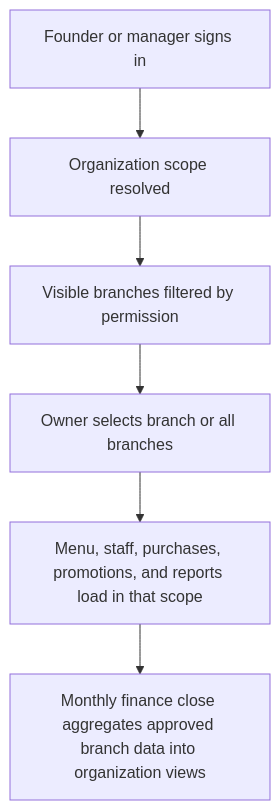
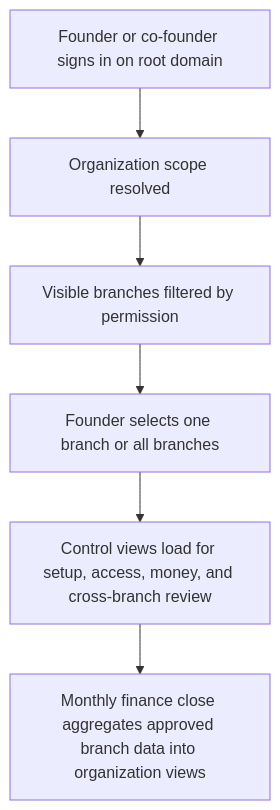
One commit to DangHoangGeo/restaurant-copilot changed the second of 3 diagrams in docs/foundation/01_organization_branch_menu_foundation.md. Above: the diagram before and after it, drawn with Mermaid. The commit also changed other lines of this file and 3 other files, not shown here.

First line of the commit message:
Refactor owner and branch operations into distinct routes

````diff
--- a/docs/foundation/01_organization_branch_menu_foundation.md
+++ b/docs/foundation/01_organization_branch_menu_foundation.md
@@ -138,8 +186,8 @@
 ```mermaid
 flowchart TD
-    A["Founder or manager signs in"] --> B["Organization scope resolved"]
+    A["Founder or co-founder signs in on root domain"] --> B["Organization scope resolved"]
     B --> C["Visible branches filtered by permission"]
-    C --> D["Owner selects branch or all branches"]
-    D --> E["Menu, staff, purchases, promotions, and reports load in that scope"]
+    C --> D["Founder selects one branch or all branches"]
+    D --> E["Control views load for setup, access, money, and cross-branch review"]
     E --> F["Monthly finance close aggregates approved branch data into organization views"]
 ```
````
